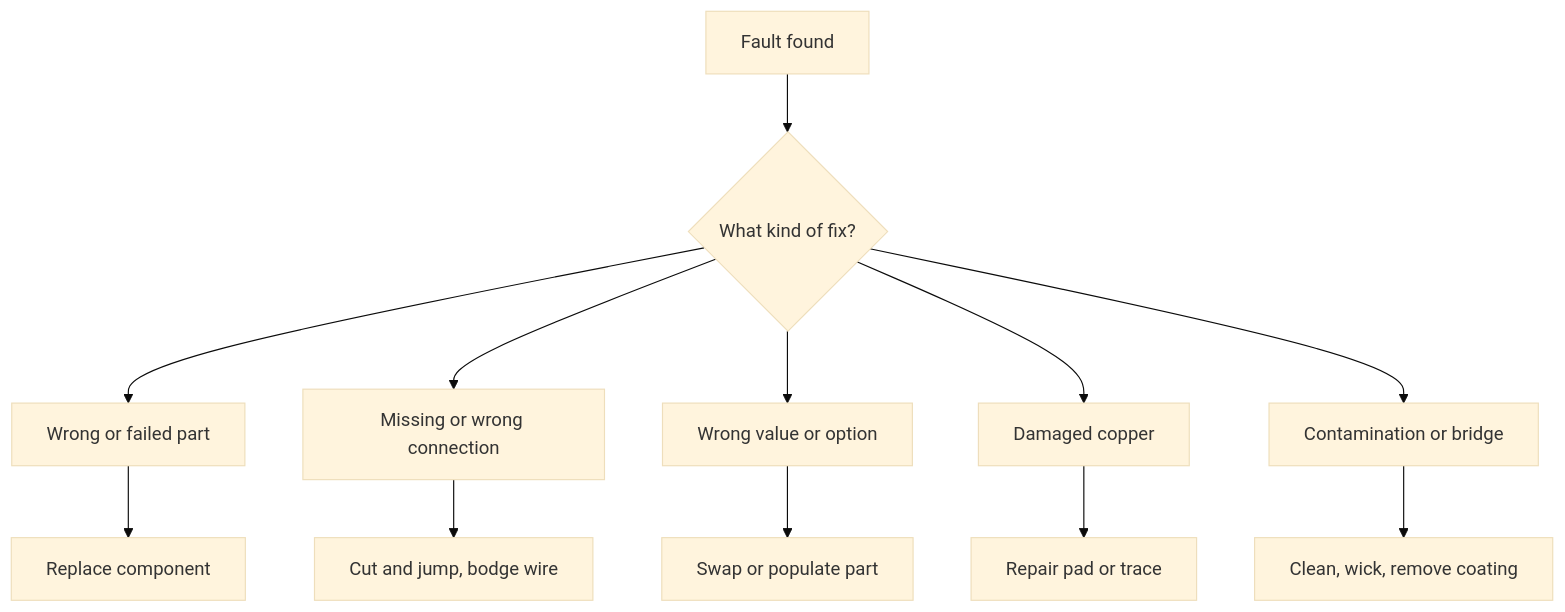
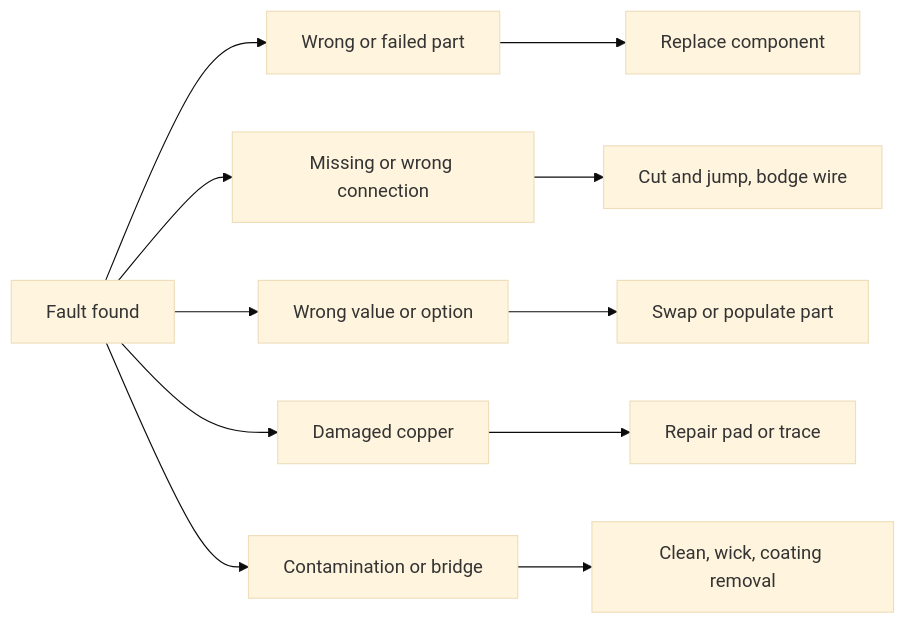
One commit to atallm7/monty-prep changed the diagram in content/questions/q0634.md. Above: the diagram before and after it, drawn with Mermaid (base theme). The commit also changed 42 other files, not shown here.

````diff
--- a/content/questions/q0634.md
+++ b/content/questions/q0634.md
@@ -114,14 +114,8 @@
 ```mermaid
-flowchart TB
-  F["Fault found"] --> Q{"What kind of fix?"}
-  Q --> P["Wrong or failed part"]
-  Q --> C["Missing or wrong connection"]
-  Q --> V["Wrong value or option"]
-  Q --> D["Damaged copper"]
-  Q --> X["Contamination or bridge"]
-  P --> P1["Replace component"]
-  C --> C1["Cut and jump, bodge wire"]
-  V --> V1["Swap or populate part"]
-  D --> D1["Repair pad or trace"]
-  X --> X1["Clean, wick, remove coating"]
+flowchart LR
+  F["Fault found"] --> P["Wrong or failed part"] --> P1["Replace component"]
+  F --> C["Missing or wrong connection"] --> C1["Cut and jump, bodge wire"]
+  F --> V["Wrong value or option"] --> V1["Swap or populate part"]
+  F --> D["Damaged copper"] --> D1["Repair pad or trace"]
+  F --> X["Contamination or bridge"] --> X1["Clean, wick, coating removal"]
 ```
````
